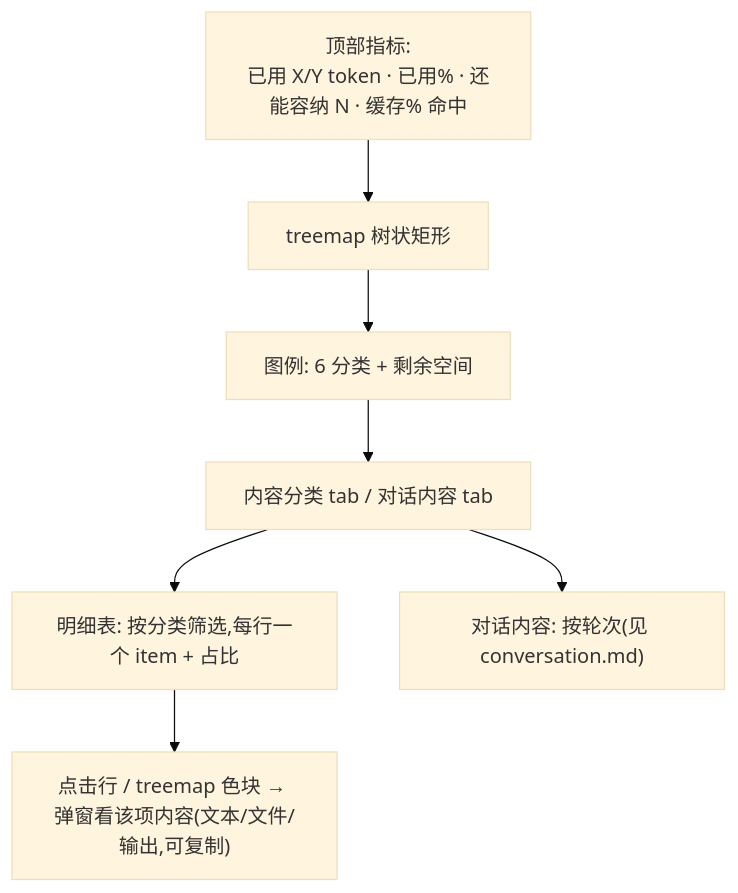
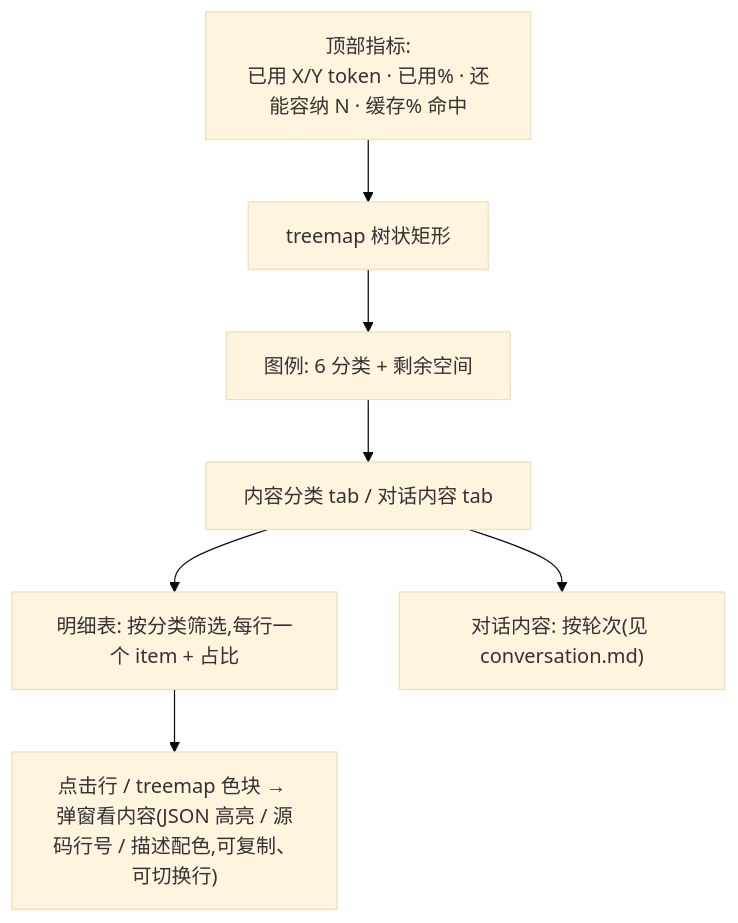
Before and after one commit to Mr-zhoulihuan/simple-magpie: the sixth of 6 diagrams in docs/context-window.md, drawn with Mermaid (base theme). The commit also changed 2 other files, not shown here.

Commit message:
feat(dashboard): 内容查看器按类型清晰排版
- JSON 美化 + 语法高亮;源码/输出带行号;工具描述按 <section>/'- key:' 结构着色
- 弹窗加「换行/不换行」切换;prose 与 code 字体区分

````diff
--- a/docs/context-window.md
+++ b/docs/context-window.md
@@ -83,9 +83,9 @@
 ```mermaid
 flowchart TB
   Head["顶部指标:<br/>已用 X/Y token · 已用% · 还能容纳 N · 缓存% 命中"] --> Tree["treemap 树状矩形"]
   Tree --> Legend["图例: 6 分类 + 剩余空间"]
   Legend --> Tabs["内容分类 tab / 对话内容 tab"]
   Tabs --> Rows["明细表: 按分类筛选,每行一个 item + 占比"]
-  Rows --> Click["点击行 / treemap 色块 → 弹窗看该项内容(文本/文件/输出,可复制)"]
+  Rows --> Click["点击行 / treemap 色块 → 弹窗看内容(JSON 高亮 / 源码行号 / 描述配色,可复制、可切换行)"]
   Tabs --> Conv["对话内容: 按轮次(见 conversation.md)"]
 ```
````
